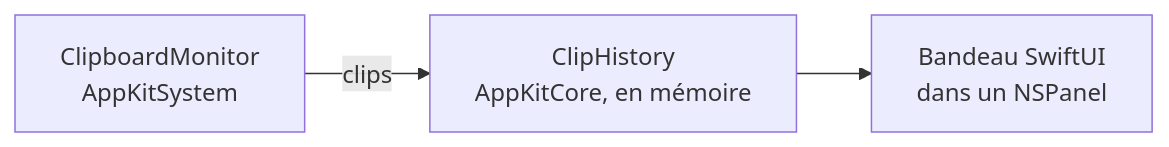
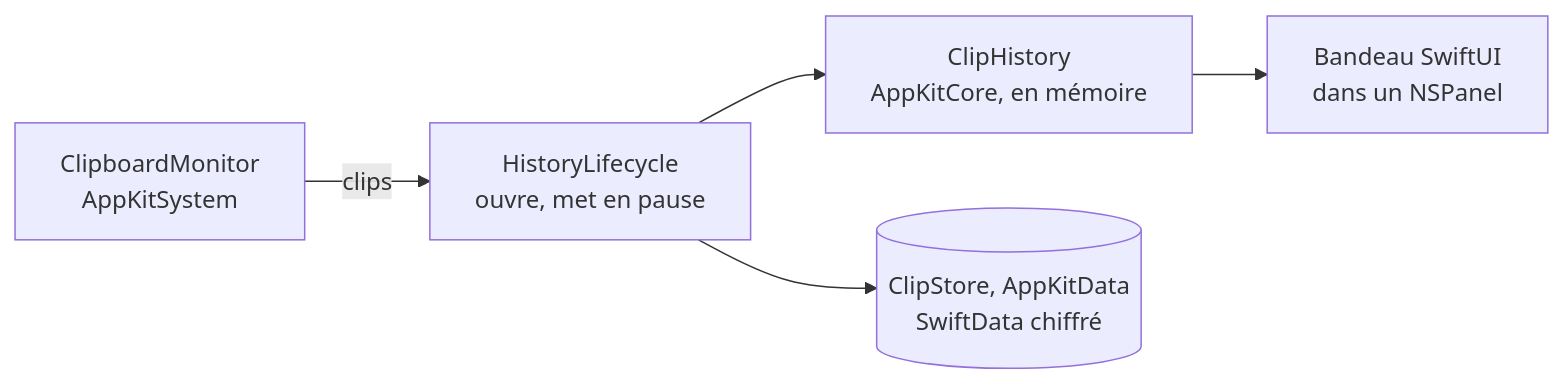
Before and after one commit to yanix2445/AppKit: the diagram in aidd_docs/memory/architecture.md, drawn with Mermaid. The commit also changed other lines of this file and 38 other files, not shown here.

````diff
--- a/aidd_docs/memory/architecture.md
+++ b/aidd_docs/memory/architecture.md
@@ -13,5 +13,9 @@
 ```mermaid
 flowchart LR
-  Monitor["ClipboardMonitor<br/>AppKitSystem"] -->|"clips"| History["ClipHistory<br/>AppKitCore, en mémoire"]
+  Monitor["ClipboardMonitor<br/>AppKitSystem"]
+  History["ClipHistory<br/>AppKitCore, en mémoire"]
+  Monitor -->|"clips"| Lifecycle["HistoryLifecycle<br/>ouvre, met en pause"]
+  Lifecycle --> Store[("ClipStore, AppKitData<br/>SwiftData chiffré")]
+  Lifecycle --> History
   History --> Views["Bandeau SwiftUI<br/>dans un NSPanel"]
 ```
````
